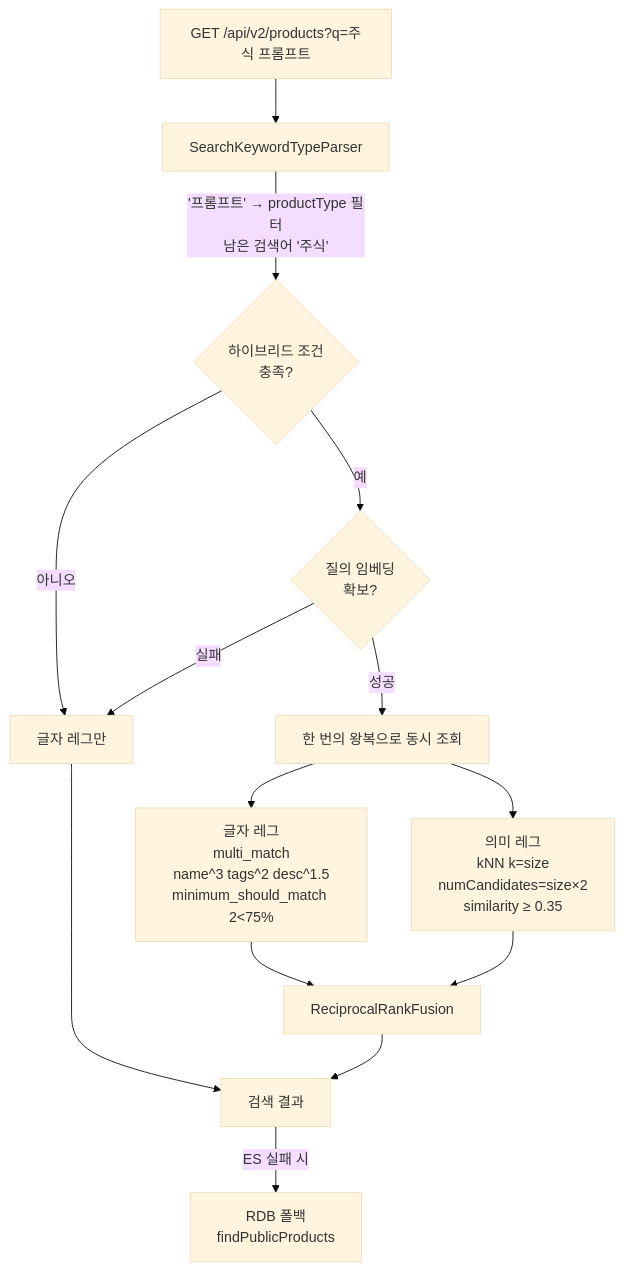
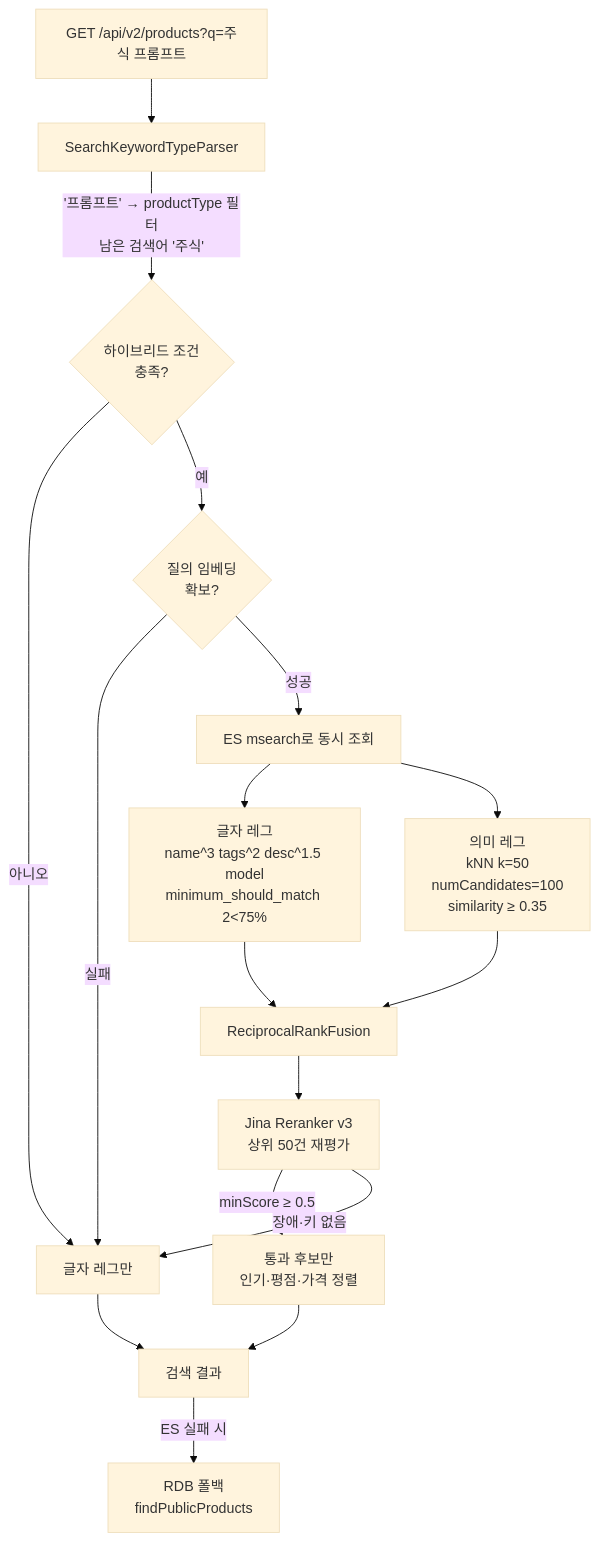
One commit to prgrms-be-adv-devcourse/beadv6_6_3JMT_BE changed the third of 7 diagrams in docs/architecture/search-vector-flows.md. Above: the diagram before and after it, drawn with Mermaid (base theme). The commit also changed other lines of this file and 1 other file, not shown here.

````diff
--- a/docs/architecture/search-vector-flows.md
+++ b/docs/architecture/search-vector-flows.md
@@ -130,16 +130,19 @@
 ```mermaid
 flowchart TD
     Q["GET /api/v2/products?q=주식 프롬프트"] --> P["SearchKeywordTypeParser"]
     P -->|"'프롬프트' → productType 필터<br/>남은 검색어 '주식'"| C{"하이브리드 조건<br/>충족?"}
     C -->|"아니오"| LEX2["글자 레그만"]
     C -->|"예"| EMB{"질의 임베딩<br/>확보?"}
     EMB -->|"실패"| LEX2
-    EMB -->|"성공"| BOTH["한 번의 왕복으로 동시 조회"]
-    BOTH --> LEX["글자 레그<br/>multi_match<br/>name^3 tags^2 desc^1.5<br/>minimum_should_match 2&lt;75%"]
-    BOTH --> KNN["의미 레그<br/>kNN k=size<br/>numCandidates=size×2<br/>similarity ≥ 0.35"]
+    EMB -->|"성공"| BOTH["ES msearch로 동시 조회"]
+    BOTH --> LEX["글자 레그<br/>name^3 tags^2 desc^1.5 model<br/>minimum_should_match 2&lt;75%"]
+    BOTH --> KNN["의미 레그<br/>kNN k=50<br/>numCandidates=100<br/>similarity ≥ 0.35"]
     LEX --> RRF["ReciprocalRankFusion"]
     KNN --> RRF
-    RRF --> R["검색 결과"]
+    RRF --> JR["Jina Reranker v3<br/>상위 50건 재평가"]
+    JR -->|"minScore ≥ 0.5"| SORT["통과 후보만<br/>인기·평점·가격 정렬"]
+    JR -->|"장애·키 없음"| LEX2
+    SORT --> R["검색 결과"]
     LEX2 --> R
     R -->|"ES 실패 시"| FB["RDB 폴백<br/>findPublicProducts"]
 ```
````
